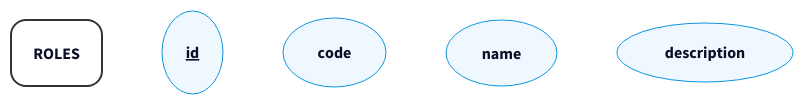
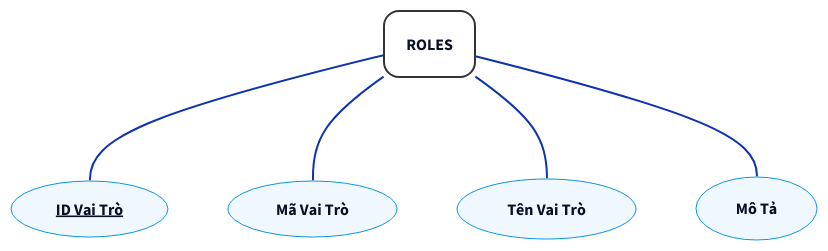
Before and after one commit to sam-uit/ie103-project-report: the diagram in baocao/content/diagrams/ch02-concept-roles.d2, drawn with D2.

```diff
--- a/baocao/content/diagrams/ch02-concept-roles.d2
+++ b/baocao/content/diagrams/ch02-concept-roles.d2
@@ -1,103 +1,109 @@
 # direction: right
 
 # Tiêu đề: căn góc trên-giữa
 # title: |md
 #   # Mô Hình Thực Thể Quan Hệ (ER Diagram Chen Notation)
 # | {near: top-center}
 
 # title.style: {
 # font-size: 20
 # font: "mono"
 # }
 
 # --- 0. STYLES ---
 style: {
   # font: "mono"
   opacity: 0.0
   fill: transparent
   # stroke: "orange"
   # stroke-width: 5
 }
 
 # --- 1. CSS STYLES (THEME) ---
 classes: {
   # Thực thể: Chữ nhật bo góc Apple style
   entity: {
     shape: rectangle
     style: {
       border-radius: 15
       stroke-width: 2
       fill: "#FFFFFF"
       stroke: "#333333"
     }
   }
 
   # Quan hệ (Relationship): Hình thoi
   rel: {
     shape: diamond
     style: {
       fill: "#F2F2F7"
       stroke: "#8E8E93"
       stroke-width: 2
     }
   }
 
   # Thuộc tính: Oval
   attr: {
     shape: oval
     style: {
       fill: "#F0F8FF"
       stroke: "#0d95de"
       stroke-width: 1
       # font-size: 20
     }
   }
 
   # Khóa chính: gạch chân
   # viền xanh
   attr_pri: {
     shape: oval
     style: {
       fill: "#F0F8FF"
       stroke: "#0d95de"
       stroke-width: 1
       # font-size: 20
       underline: true
     }
   }
 
   # Khóa chính là khóa khóa ngoại từ bảng khác
   # gạch chân
   # viền cam
   attr_foreign_pri: {
     shape: oval
     style: {
       fill: "#F0F8FF"
       stroke: "#f2840e"
       stroke-width: 1
       # font-size: 20
       underline: true
     }
   }
 
   # Khóa ngoại từ bảng khác
   # gạch chân
   # viền cam
   attr_foreign_key: {
     shape: oval
     style: {
       fill: "#F0F8FF"
       stroke: "#f2840e"
       stroke-width: 1
       # font-size: 20
       # underline: true
     }
   }
 }
 
 # MARK: ROLES
 ROLES: {class: entity; label: "ROLES"}
-roles_id: {class: attr_pri; label: "id"}
-roles_code: {class: attr; label: "code"}
-roles_name: {class: attr; label: "name"}
-roles_description: {class: attr; label: "description"}
+
+roles_id: {class: attr_pri; label: "ID Vai Trò"}
+roles_code: {class: attr; label: "Mã Vai Trò"}
+roles_name: {class: attr; label: "Tên Vai Trò"}
+roles_description: {class: attr; label: "Mô Tả"}
+
+ROLES -- roles_id
+ROLES -- roles_code
+ROLES -- roles_name
+ROLES -- roles_description
```
